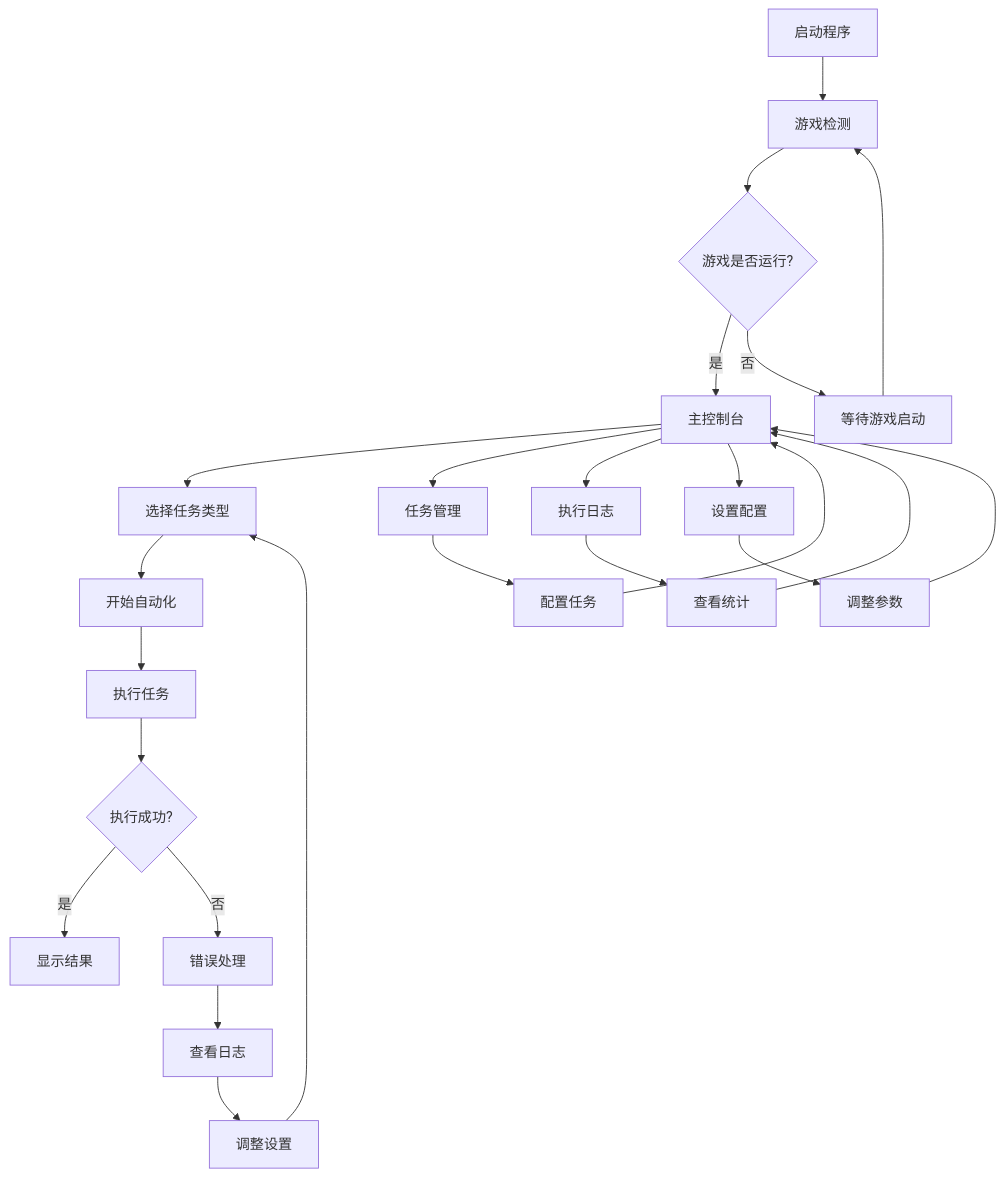
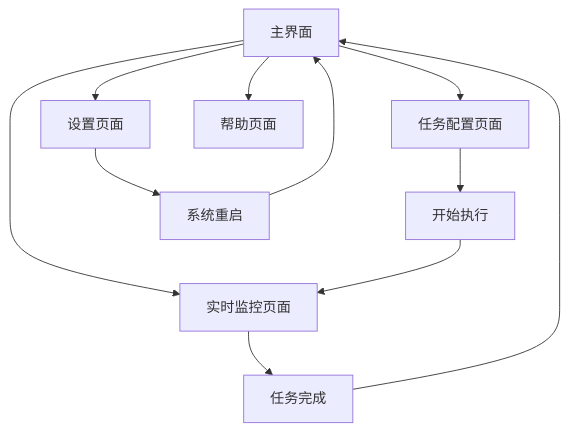
Before and after one commit to pared2021/honkai-star-rail-automation: the diagram in .trae/documents/产品需求文档.md, drawn with Mermaid. The commit also changed other lines of this file and 364 other files, not shown here.

````diff
--- a/.trae/documents/产品需求文档.md
+++ b/.trae/documents/产品需求文档.md
@@ -67,31 +49,13 @@
 ```mermaid
 graph TD
-    A[启动程序] --> B[游戏检测]
-    B --> C{游戏是否运行?}
-    C -->|是| D[主控制台]
-    C -->|否| E[等待游戏启动]
-    E --> B
-    
-    D --> F[选择任务类型]
-    F --> G[开始自动化]
-    G --> H[执行任务]
-    H --> I{执行成功?}
-    I -->|是| J[显示结果]
-    I -->|否| K[错误处理]
-    K --> L[查看日志]
-    L --> M[调整设置]
-    M --> F
-    
-    D --> N[任务管理]
-    D --> O[执行日志]
-    D --> P[设置配置]
-    
-    N --> Q[配置任务]
-    Q --> D
-    
-    O --> R[查看统计]
-    R --> D
-    
-    P --> S[调整参数]
-    S --> D
+    A[主界面] --> B[任务配置页面]
+    A --> C[实时监控页面]
+    A --> D[设置页面]
+    A --> E[帮助页面]
+    B --> F[开始执行]
+    F --> C
+    C --> G[任务完成]
+    G --> A
+    D --> H[系统重启]
+    H --> A
 ```
````
